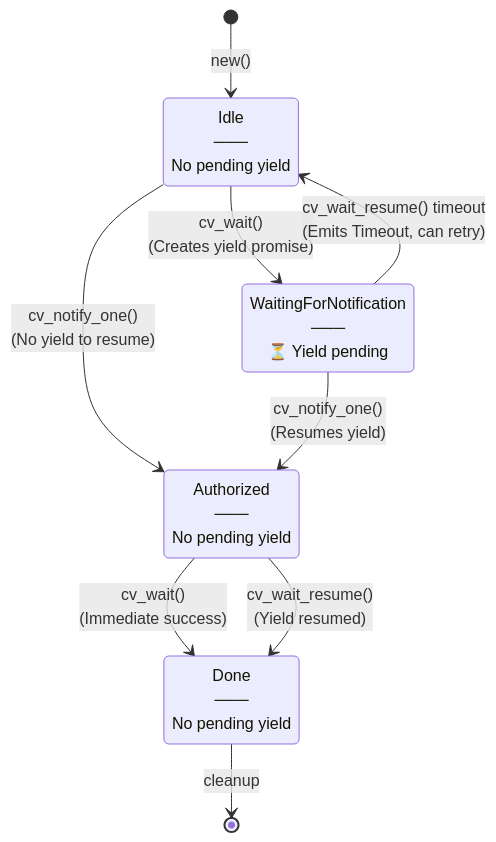
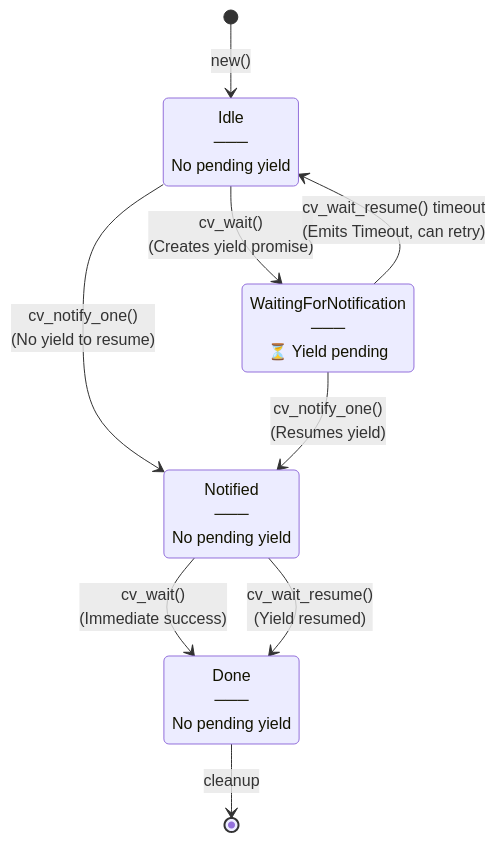
The diagram in oneshot-condvar/README.md (near/intents), drawn with Mermaid before and after one commit. The commit also changed other lines of this file, not shown here.

````diff
--- a/oneshot-condvar/README.md
+++ b/oneshot-condvar/README.md
@@ -19,20 +19,20 @@
 ```mermaid
 stateDiagram-v2
     [*] --> Idle: new()
 
     state "Idle<br/>───<br/>No pending yield" as Idle
     state "WaitingForNotification<br/>───<br/>⏳ Yield pending" as WaitingForNotification
-    state "Authorized<br/>───<br/>No pending yield" as Authorized
+    state "Notified<br/>───<br/>No pending yield" as Notified
     state "Done<br/>───<br/>No pending yield" as Done
 
     Idle --> WaitingForNotification: cv_wait()<br/>(Creates yield promise)
-    Idle --> Authorized: cv_notify_one()<br/>(No yield to resume)
+    Idle --> Notified: cv_notify_one()<br/>(No yield to resume)
 
-    WaitingForNotification --> Authorized: cv_notify_one()<br/>(Resumes yield)
+    WaitingForNotification --> Notified: cv_notify_one()<br/>(Resumes yield)
     WaitingForNotification --> Idle: cv_wait_resume() timeout<br/>(Emits Timeout, can retry)
 
-    Authorized --> Done: cv_wait()<br/>(Immediate success)
-    Authorized --> Done: cv_wait_resume()<br/>(Yield resumed)
+    Notified --> Done: cv_wait()<br/>(Immediate success)
+    Notified --> Done: cv_wait_resume()<br/>(Yield resumed)
 
     Done --> [*]: cleanup
 ```
````
